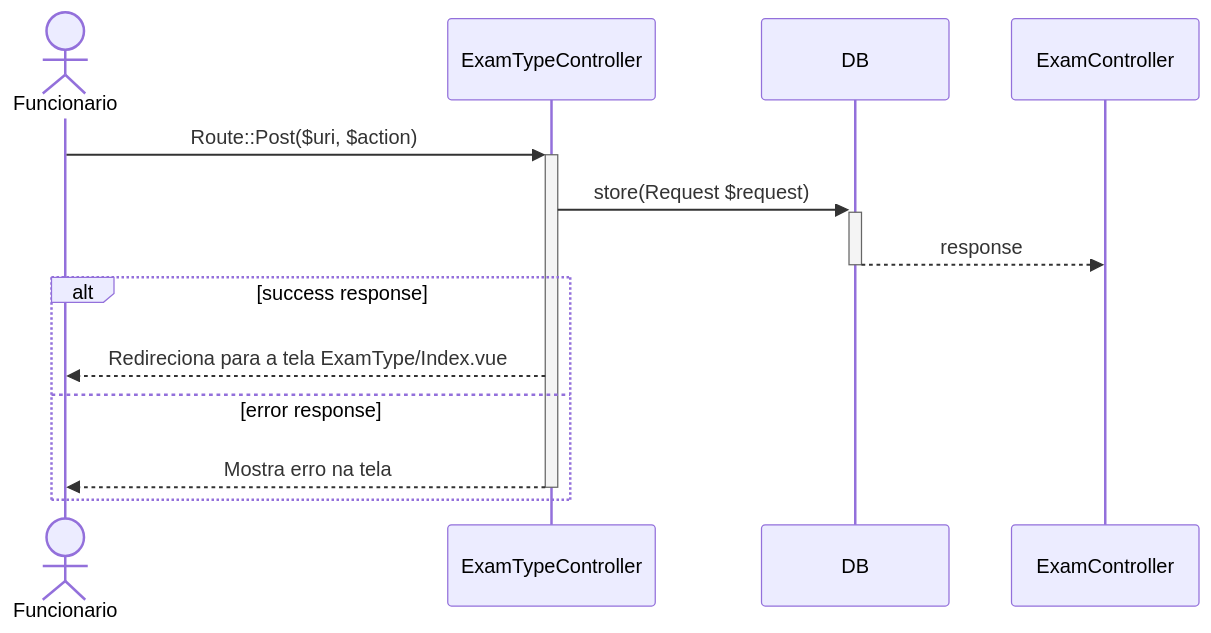
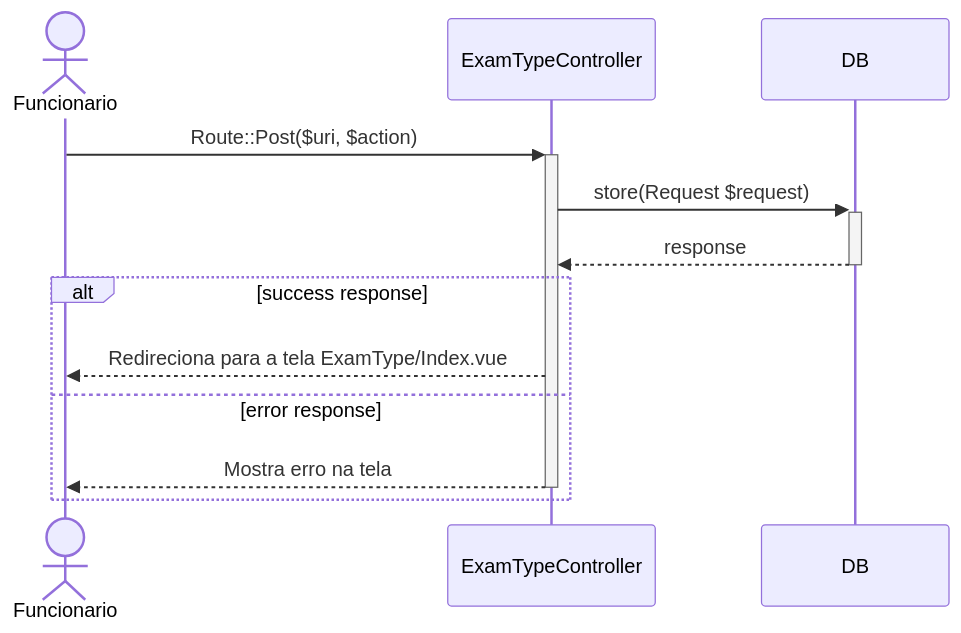
One commit to UniFil-NPI/ProjetoAnalisesClinicas changed the first of 3 diagrams in docs/diagramas_de_sequencia/UC004_gerenciar_tipo_de_exame.md. Above: the diagram before and after it, drawn with Mermaid. The commit also changed 1 other file, not shown here.

Commit message:
diagramas de sequencia atualizados

````diff
--- a/docs/diagramas_de_sequencia/UC004_gerenciar_tipo_de_exame.md
+++ b/docs/diagramas_de_sequencia/UC004_gerenciar_tipo_de_exame.md
@@ -5,17 +5,17 @@
 ```mermaid
 sequenceDiagram
 
 actor Funcionario
 Funcionario->>+ExamTypeController: Route::Post($uri, $action)
 
 ExamTypeController->>+DB: store(Request $request)
 
-DB-->>-ExamController: response
+DB-->>-ExamTypeController: response
 
 alt success response
     ExamTypeController-->>Funcionario: Redireciona para a tela ExamType/Index.vue
 else error response
     ExamTypeController-->>-Funcionario: Mostra erro na tela
 end
 
 ```
````
